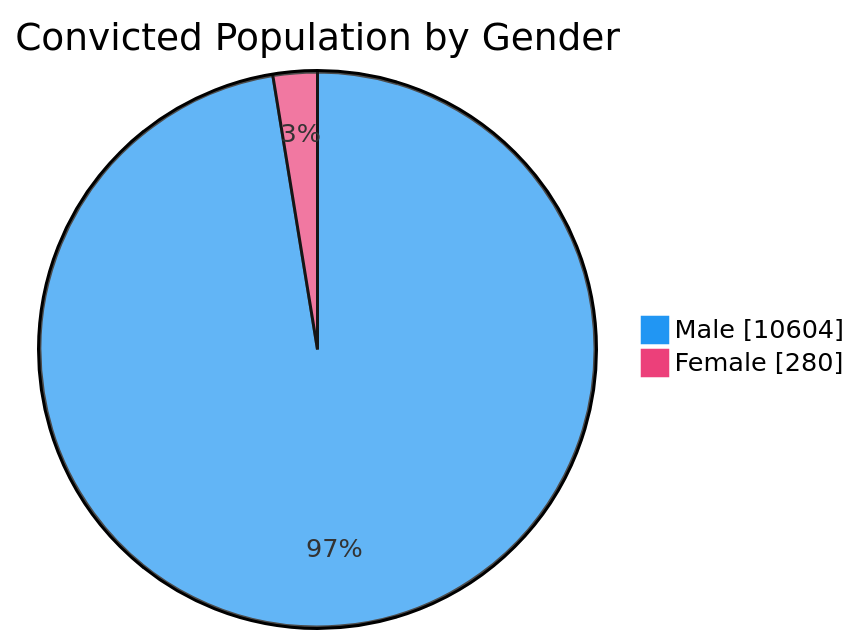
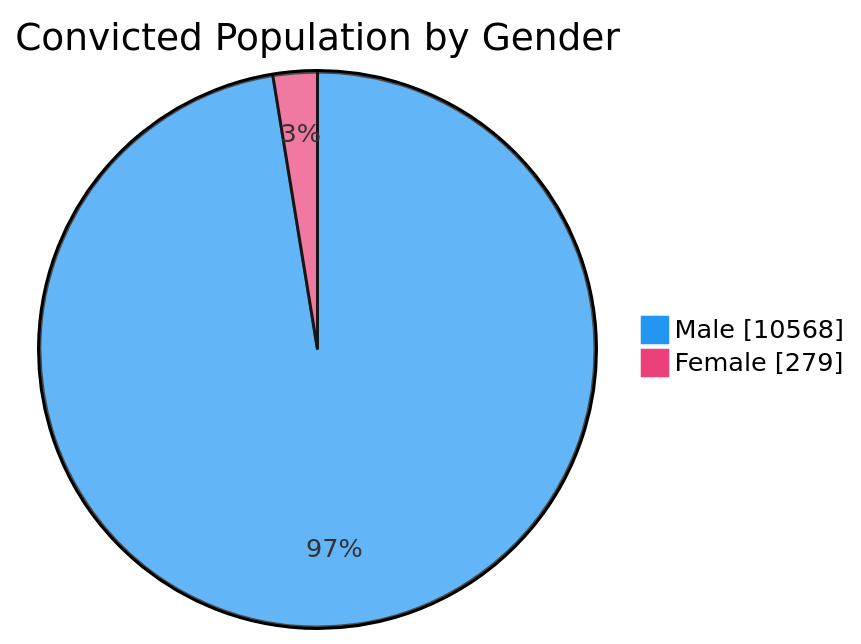
Before and after one commit to nuuuwan/lk_prisons: the third of 7 diagrams in README.md, drawn with Mermaid. The commit also changed other lines of this file and 1 other file, not shown here.

````diff
--- a/README.md
+++ b/README.md
@@ -65,6 +65,6 @@
 ```mermaid
 %%{init: {'themeVariables': {'pie1': '#2196F3', 'pie2': '#EC407A'}}}%%
 pie showData title Convicted Population by Gender
-    "Male" : 10604
-    "Female" : 280
+    "Male" : 10568
+    "Female" : 279
 ```
````
